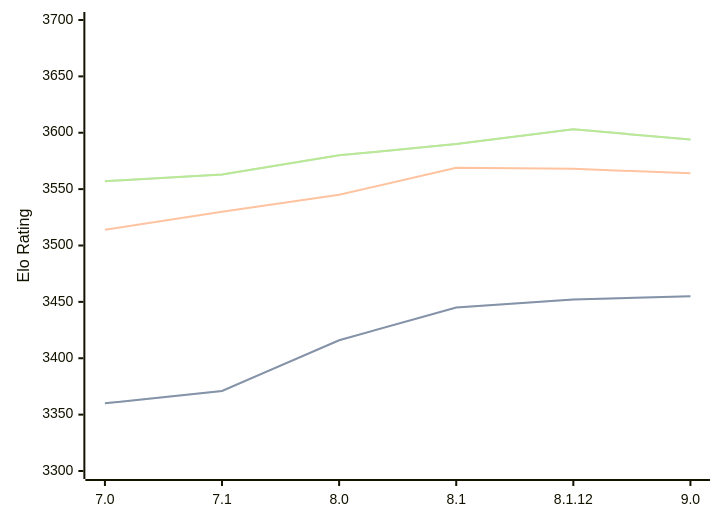
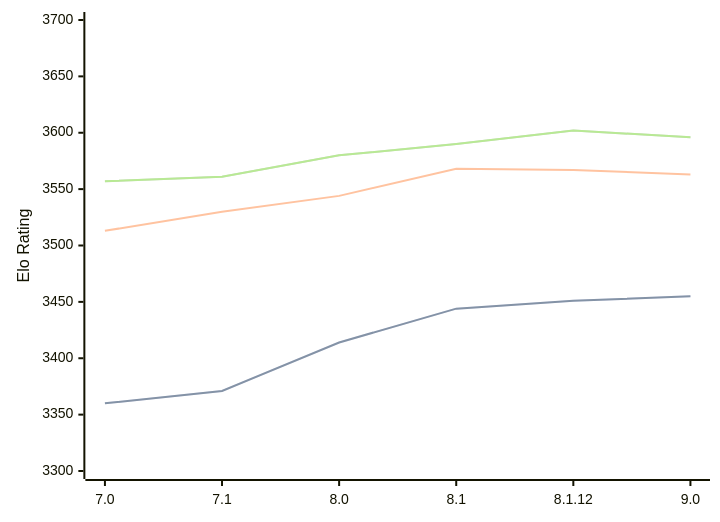
Before and after one commit to computer-chess-index/cci: the diagram in engines/Alexandria.md, drawn with Mermaid. The commit also changed other lines of this file, not shown here.

Commit message:
Update CCI Ratings (ELO VLTC) - 2026-03-22

````diff
--- a/engines/Alexandria.md
+++ b/engines/Alexandria.md
@@ -55,11 +55,11 @@
 ```mermaid
 %%{init: {"theme":"base","themeVariables":{"seriesColors:['#a3a3a3','#222221','#faa371']}}}%%
 xychart-beta
   x-axis ["7.0", "7.1", "8.0", "8.1", "8.1.12", "9.0"]
   y-axis "Elo Rating" 3300 --> 3700
-  line "STC (8.0+0.08s)" [3360, 3371, 3416, 3445, 3452, 3455]
-  line "STC (8.0+0.08s)" [3360, 3371, 3416, 3445, 3452, 3455]
-  line "LTC (60.0+0.60s)" [3514, 3530, 3545, 3569, 3568, 3564]
-  line "VLTC (2m24s+1.12s)" [3557, 3563, 3580, 3590, 3603, 3594]
-  line "VLTC (2m24s+1.12s)" [3557, 3563, 3580, 3590, 3603, 3594]
+  line "STC (8.0+0.08s)" [3360, 3371, 3414, 3444, 3451, 3455]
+  line "STC (8.0+0.08s)" [3360, 3371, 3414, 3444, 3451, 3455]
+  line "LTC (60.0+0.60s)" [3513, 3530, 3544, 3568, 3567, 3563]
+  line "VLTC (2m24s+1.12s)" [3557, 3561, 3580, 3590, 3602, 3596]
+  line "VLTC (2m24s+1.12s)" [3557, 3561, 3580, 3590, 3602, 3596]
 ```
````
